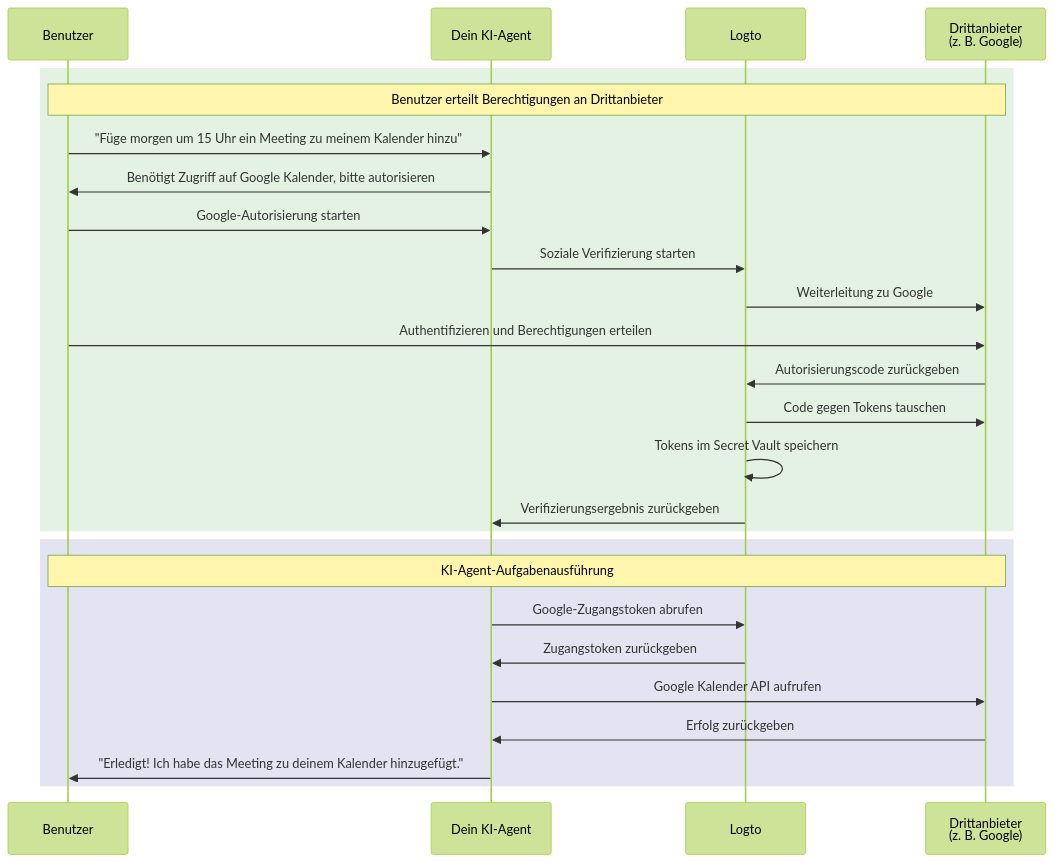
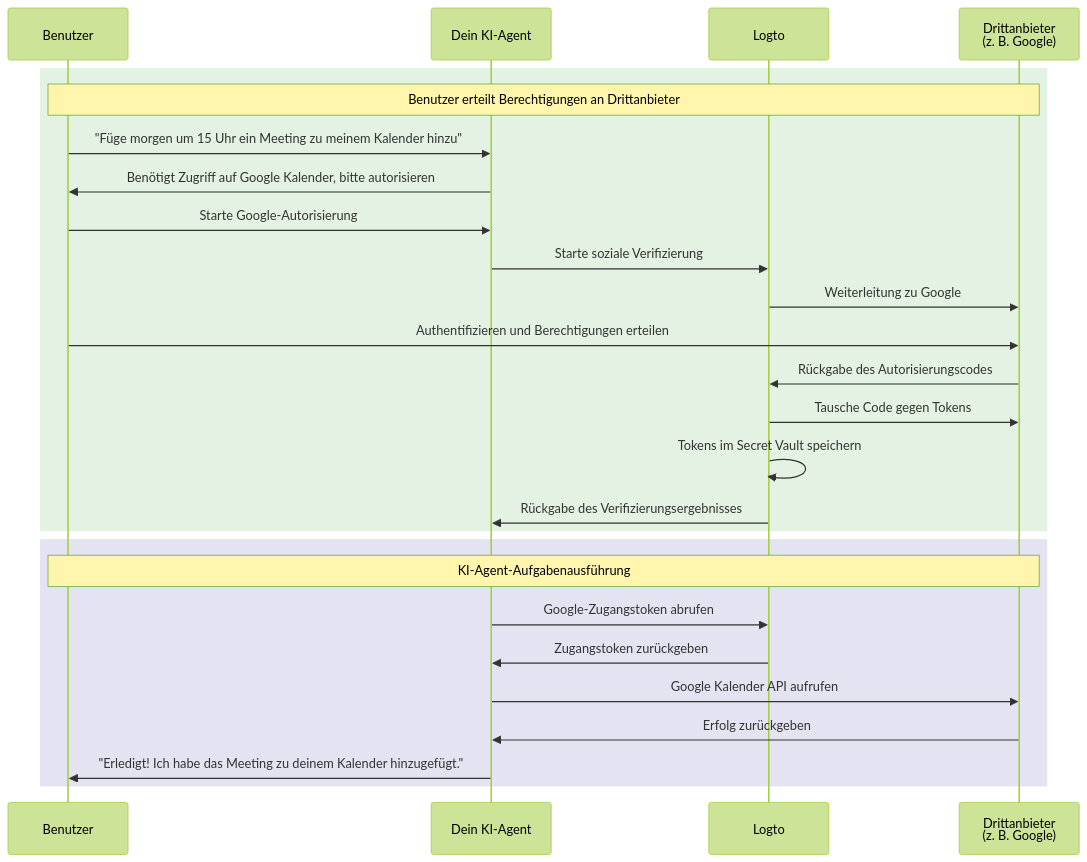
Before and after one commit to logto-io/docs: the diagram in i18n/de/docusaurus-plugin-content-docs/current/use-cases/ai/connect-your-agent-to-third-party-apis.mdx, drawn with Mermaid (forest theme). The commit also changed other lines of this file and 89 other files, not shown here.

````diff
--- a/i18n/de/docusaurus-plugin-content-docs/current/use-cases/ai/connect-your-agent-to-third-party-apis.mdx
+++ b/i18n/de/docusaurus-plugin-content-docs/current/use-cases/ai/connect-your-agent-to-third-party-apis.mdx
@@ -32,30 +36,30 @@
 ```mermaid
 sequenceDiagram
     participant User as Benutzer
     participant Agent as Dein KI-Agent
     participant Logto
     participant Google as Drittanbieter<br/>(z. B. Google)
 
     rect rgba(200, 230, 200, 0.5)
         Note over User, Google: Benutzer erteilt Berechtigungen an Drittanbieter
         User->>Agent: "Füge morgen um 15 Uhr ein Meeting zu meinem Kalender hinzu"
         Agent->>User: Benötigt Zugriff auf Google Kalender, bitte autorisieren
-        User->>Agent: Google-Autorisierung starten
-        Agent->>Logto: Soziale Verifizierung starten
+        User->>Agent: Starte Google-Autorisierung
+        Agent->>Logto: Starte soziale Verifizierung
         Logto->>Google: Weiterleitung zu Google
         User->>Google: Authentifizieren und Berechtigungen erteilen
-        Google->>Logto: Autorisierungscode zurückgeben
-        Logto->>Google: Code gegen Tokens tauschen
+        Google->>Logto: Rückgabe des Autorisierungscodes
+        Logto->>Google: Tausche Code gegen Tokens
         Logto->>Logto: Tokens im Secret Vault speichern
-        Logto->>Agent: Verifizierungsergebnis zurückgeben
+        Logto->>Agent: Rückgabe des Verifizierungsergebnisses
     end
 
     rect rgba(200, 200, 230, 0.5)
         Note over User, Google: KI-Agent-Aufgabenausführung
         Agent->>Logto: Google-Zugangstoken abrufen
         Logto->>Agent: Zugangstoken zurückgeben
         Agent->>Google: Google Kalender API aufrufen
         Google->>Agent: Erfolg zurückgeben
         Agent->>User: "Erledigt! Ich habe das Meeting zu deinem Kalender hinzugefügt."
     end
 ```
````
